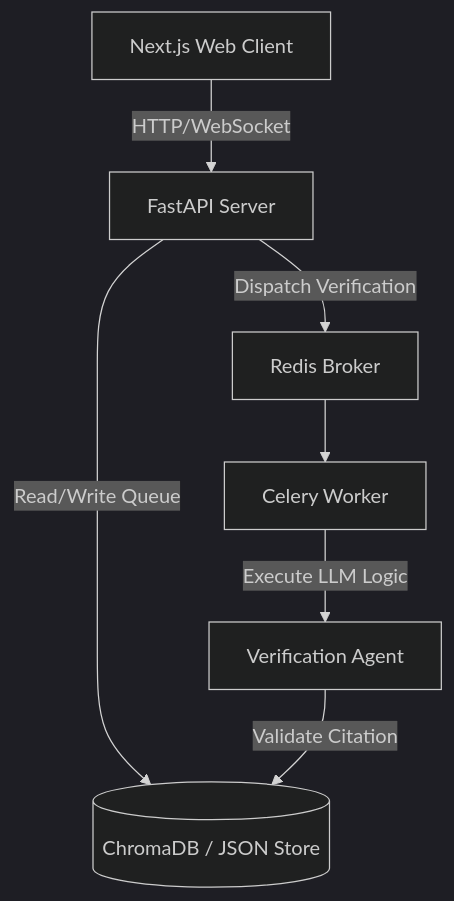
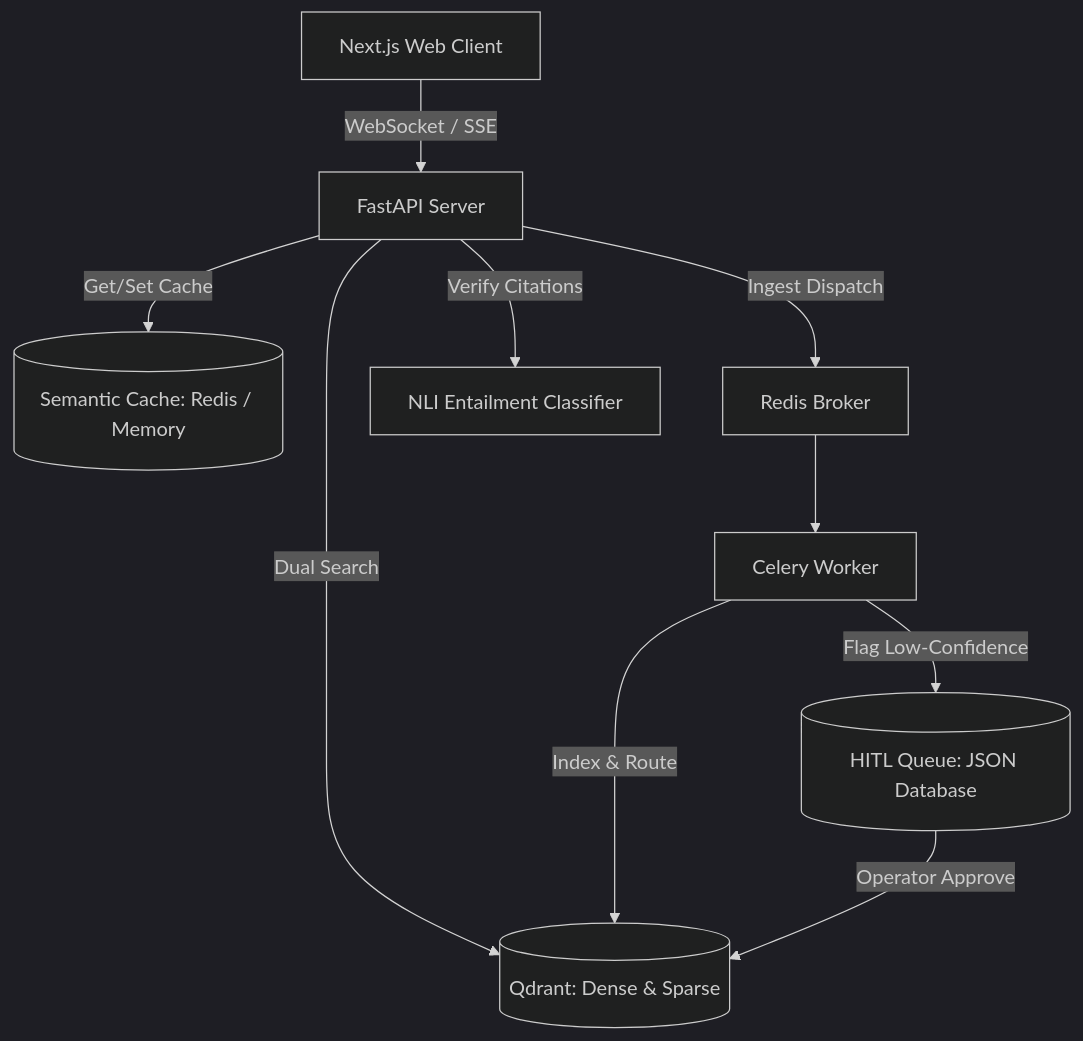
The diagram in README.md (shreya-roy1/LexiTrace), drawn with Mermaid (dark theme) before and after one commit. The commit also changed other lines of this file, not shown here.

Commit message:
docs: overhaul README with architecture diagrams, resilience documentation, and updated component technical specifications

````diff
--- a/README.md
+++ b/README.md
@@ -19,9 +26,12 @@
 ```mermaid
 graph TD
-    Client[Next.js Web Client] -->|HTTP/WebSocket| API[FastAPI Server]
-    API -->|Read/Write Queue| DB[(ChromaDB / JSON Store)]
-    API -->|Dispatch Verification| Queue[Redis Broker]
+    Client[Next.js Web Client] -->|WebSocket / SSE| API[FastAPI Server]
+    API -->|Get/Set Cache| Cache[(Semantic Cache: Redis / Memory)]
+    API -->|Dual Search| VectorStore[(Qdrant: Dense & Sparse)]
+    API -->|Ingest Dispatch| Queue[Redis Broker]
     Queue --> Worker[Celery Worker]
-    Worker -->|Execute LLM Logic| Agent[Verification Agent]
-    Agent -->|Validate Citation| DB
+    Worker -->|Index & Route| VectorStore
+    Worker -->|Flag Low-Confidence| HITL[(HITL Queue: JSON Database)]
+    API -->|Verify Citations| NLI[NLI Entailment Classifier]
+    HITL -->|Operator Approve| VectorStore
 ```
````
